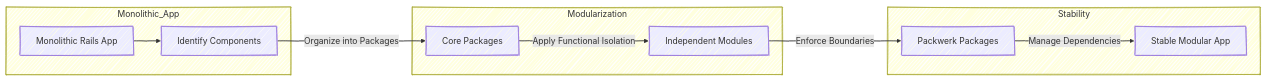
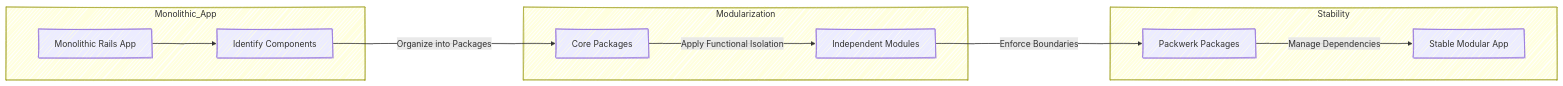
Before and after one commit to enogrob/enogrob.github.io: the diagram in _posts/2025-05-16-modular-monolity-with-packwerk.md, drawn with Mermaid. The commit also changed other lines of this file, not shown here.

Commit message:
update-post-packwerk

````diff
--- a/_posts/2025-05-16-modular-monolity-with-packwerk.md
+++ b/_posts/2025-05-16-modular-monolity-with-packwerk.md
@@ -50,16 +50,15 @@
 ```mermaid!
+%%{init: {"theme": "default", "look": "handDrawn", "flowchart": {"nodeSpacing": 60, "rankSpacing": 120}}}%%
 graph LR
-%%{init: {"theme": "default", "look": "handDrawn"}}%%
-subgraph Monolithic_App
-  A[Monolithic Rails App] --> B[Identify Components]
-end
-B -->|Organize into Packages| C[Core Packages]
-subgraph Modularization
-  C -->|Apply Functional Isolation| D[Independent Modules]
-end
-
-subgraph Stability
-  D -->|Enforce Boundaries| E[Packwerk Packages]
-  E -->|Manage Dependencies| F[Stable Modular App]
-end
+  subgraph Monolithic_App
+    A[Monolithic Rails App] --> B[Identify Components]
+  end
+  B -->|Organize into Packages| C[Core Packages]
+  subgraph Modularization
+    C -->|Apply Functional Isolation| D[Independent Modules]
+  end
+  subgraph Stability
+    D -->|Enforce Boundaries| E[Packwerk Packages]
+    E -->|Manage Dependencies| F[Stable Modular App]
+  end
 ```
````
